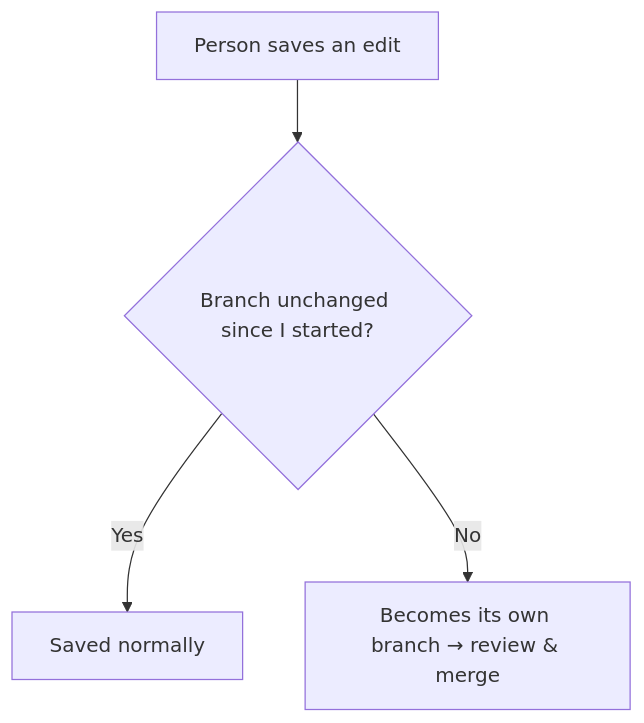
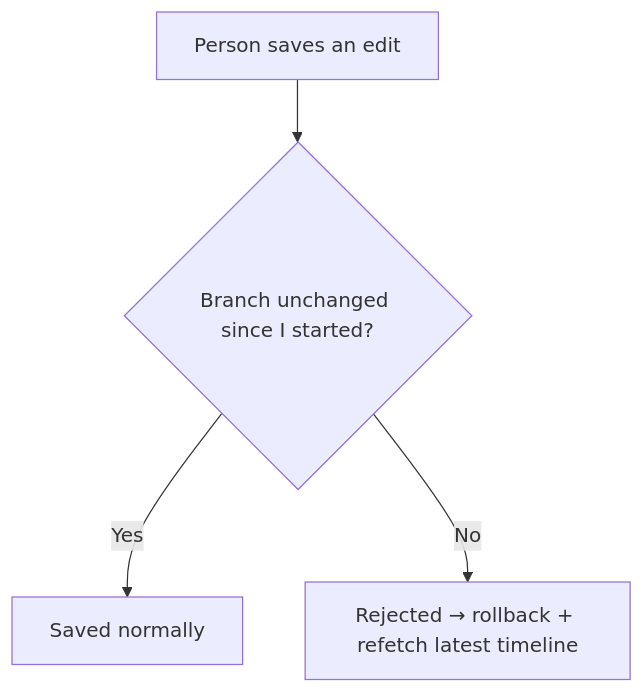
The fourth of 5 diagrams in docs/HLD.md (Adityalingwal/framebranch), drawn with Mermaid before and after one commit. The commit also changed other lines of this file and 5 other files, not shown here.

````diff
--- a/docs/HLD.md
+++ b/docs/HLD.md
@@ -74,6 +99,6 @@
 ```mermaid
 flowchart TD
     A[Person saves an edit] --> B{Branch unchanged since I started?}
     B -->|Yes| C[Saved normally]
-    B -->|No| D[Becomes its own branch → review & merge]
+    B -->|No| D[Rejected → rollback + refetch latest timeline]
 ```
````
